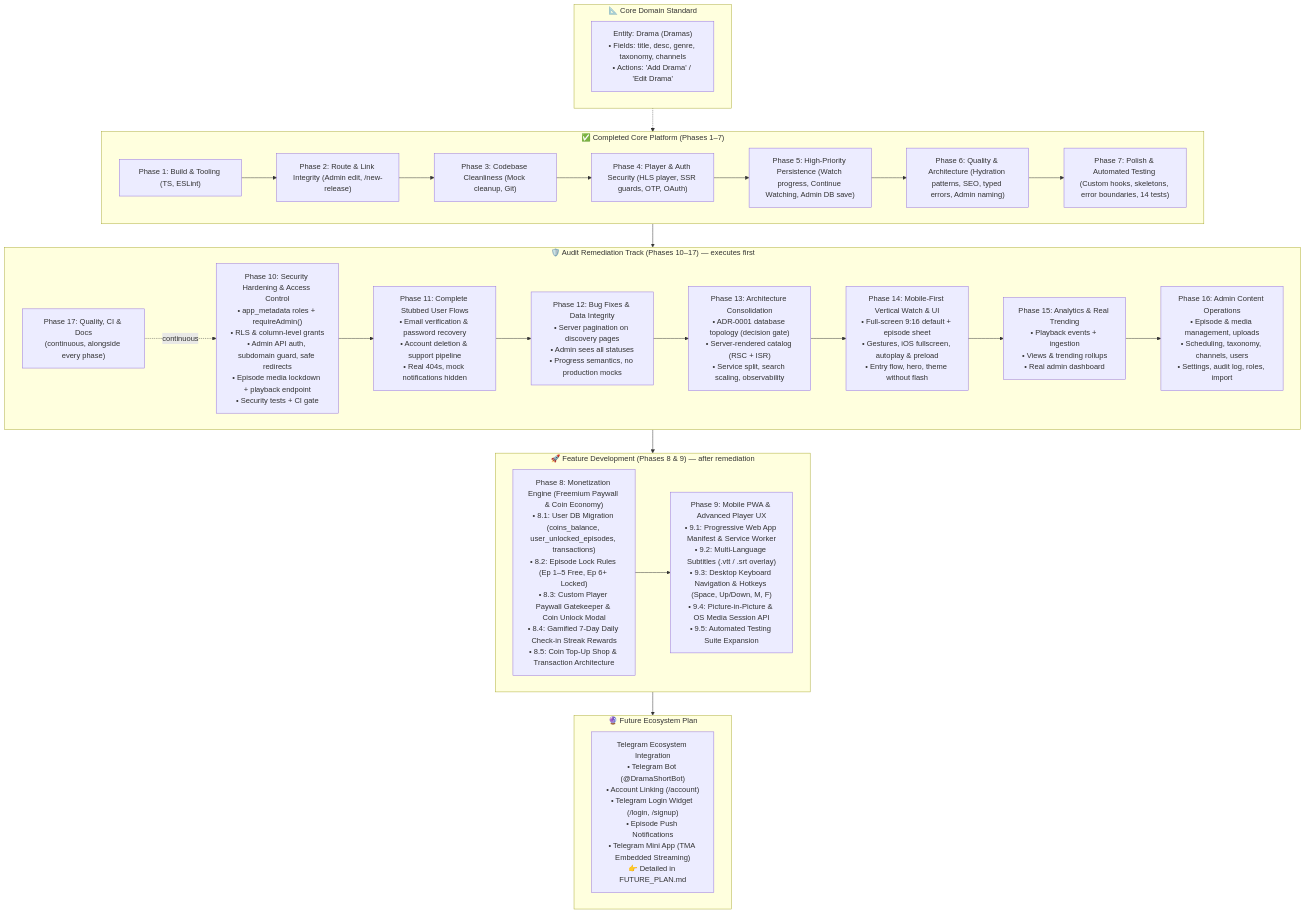
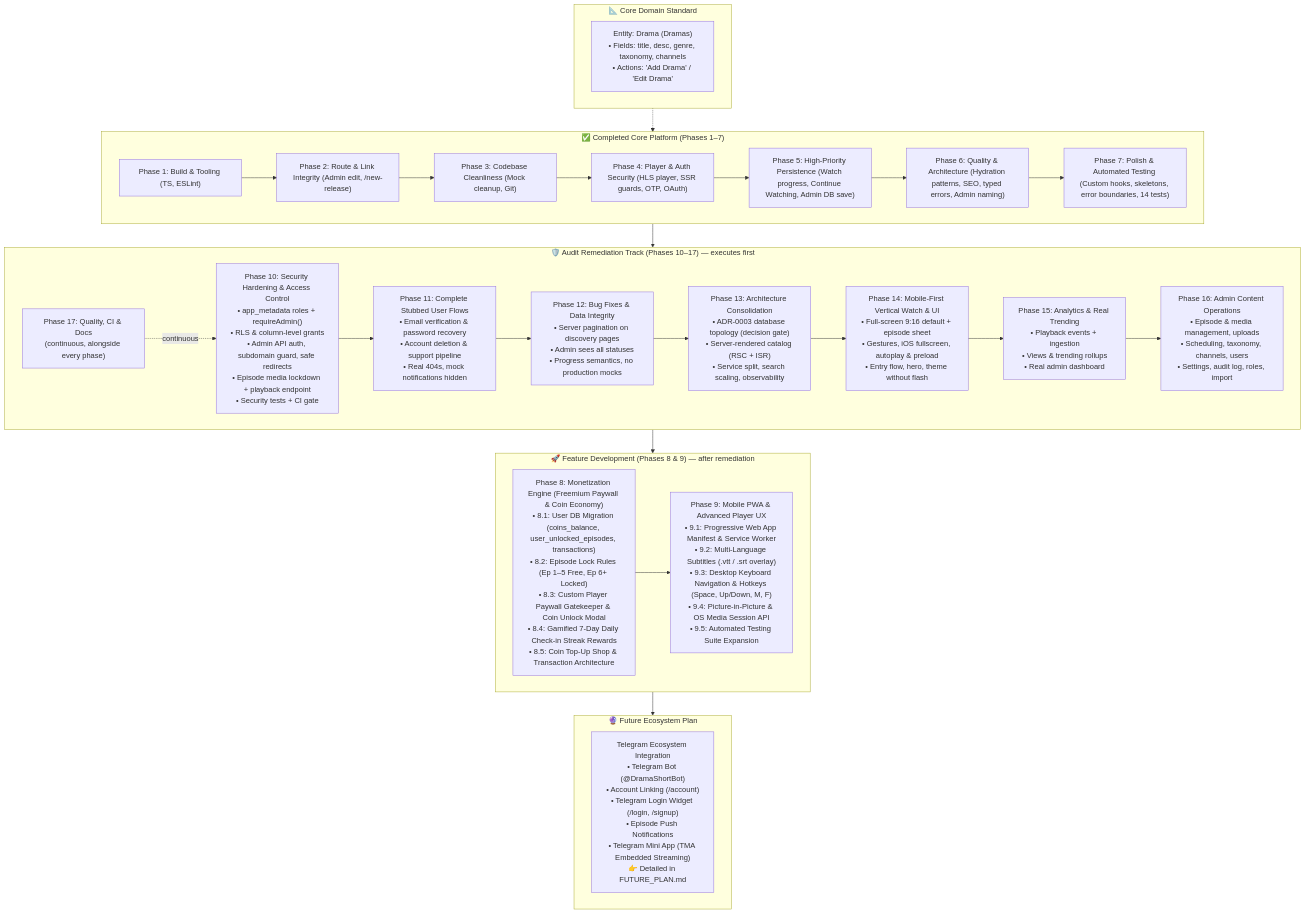
One commit to s3327/dramashort-app changed the diagram in ROADMAP.md. Above: the diagram before and after it, drawn with Mermaid. The commit also changed other lines of this file and 10 other files, not shown here.

Commit message:
feat(architecture): Task 13.1 ADR-0003 database topology decision & ADR registry

````diff
--- a/ROADMAP.md
+++ b/ROADMAP.md
@@ -2141,49 +2150,49 @@
 ```mermaid
 flowchart TD
     subgraph DomainStandard["📐 Core Domain Standard"]
         DS["Entity: Drama (Dramas)<br/>• Fields: title, desc, genre, taxonomy, channels<br/>• Actions: 'Add Drama' / 'Edit Drama'"]
     end
 
     subgraph CompletedCore["✅ Completed Core Platform (Phases 1–7)"]
         P1["Phase 1: Build & Tooling (TS, ESLint)"]
         P2["Phase 2: Route & Link Integrity (Admin edit, /new-release)"]
         P3["Phase 3: Codebase Cleanliness (Mock cleanup, Git)"]
         P4["Phase 4: Player & Auth Security (HLS player, SSR guards, OTP, OAuth)"]
         P5["Phase 5: High-Priority Persistence (Watch progress, Continue Watching, Admin DB save)"]
         P6["Phase 6: Quality & Architecture (Hydration patterns, SEO, typed errors, Admin naming)"]
         P7["Phase 7: Polish & Automated Testing (Custom hooks, skeletons, error boundaries, 14 tests)"]
 
         P1 --> P2 --> P3 --> P4 --> P5 --> P6 --> P7
     end
 
     subgraph Remediation["🛡️ Audit Remediation Track (Phases 10–17) — executes first"]
         P10["Phase 10: Security Hardening & Access Control<br/>• app_metadata roles + requireAdmin()<br/>• RLS & column-level grants<br/>• Admin API auth, subdomain guard, safe redirects<br/>• Episode media lockdown + playback endpoint<br/>• Security tests + CI gate"]
         P11["Phase 11: Complete Stubbed User Flows<br/>• Email verification & password recovery<br/>• Account deletion & support pipeline<br/>• Real 404s, mock notifications hidden"]
         P12["Phase 12: Bug Fixes & Data Integrity<br/>• Server pagination on discovery pages<br/>• Admin sees all statuses<br/>• Progress semantics, no production mocks"]
-        P13["Phase 13: Architecture Consolidation<br/>• ADR-0001 database topology (decision gate)<br/>• Server-rendered catalog (RSC + ISR)<br/>• Service split, search scaling, observability"]
+        P13["Phase 13: Architecture Consolidation<br/>• ADR-0003 database topology (decision gate)<br/>• Server-rendered catalog (RSC + ISR)<br/>• Service split, search scaling, observability"]
         P14["Phase 14: Mobile-First Vertical Watch & UI<br/>• Full-screen 9:16 default + episode sheet<br/>• Gestures, iOS fullscreen, autoplay & preload<br/>• Entry flow, hero, theme without flash"]
         P15["Phase 15: Analytics & Real Trending<br/>• Playback events + ingestion<br/>• Views & trending rollups<br/>• Real admin dashboard"]
         P16["Phase 16: Admin Content Operations<br/>• Episode & media management, uploads<br/>• Scheduling, taxonomy, channels, users<br/>• Settings, audit log, roles, import"]
         P17["Phase 17: Quality, CI & Docs<br/>(continuous, alongside every phase)"]
 
         P10 --> P11 --> P12 --> P13 --> P14 --> P15 --> P16
         P17 -.->|continuous| P10
     end
 
     subgraph ActiveDevelopment["🚀 Feature Development (Phases 8 & 9) — after remediation"]
         P8["Phase 8: Monetization Engine (Freemium Paywall & Coin Economy)<br/>• 8.1: User DB Migration (coins_balance, user_unlocked_episodes, transactions)<br/>• 8.2: Episode Lock Rules (Ep 1–5 Free, Ep 6+ Locked)<br/>• 8.3: Custom Player Paywall Gatekeeper & Coin Unlock Modal<br/>• 8.4: Gamified 7-Day Daily Check-in Streak Rewards<br/>• 8.5: Coin Top-Up Shop & Transaction Architecture"]
         
         P9["Phase 9: Mobile PWA & Advanced Player UX<br/>• 9.1: Progressive Web App Manifest & Service Worker<br/>• 9.2: Multi-Language Subtitles (.vtt / .srt overlay)<br/>• 9.3: Desktop Keyboard Navigation & Hotkeys (Space, Up/Down, M, F)<br/>• 9.4: Picture-in-Picture & OS Media Session API<br/>• 9.5: Automated Testing Suite Expansion"]
         
         P8 --> P9
     end
 
     subgraph FutureEcosystem["🔮 Future Ecosystem Plan"]
         FP["Telegram Ecosystem Integration<br/>• Telegram Bot (@DramaShortBot)<br/>• Account Linking (/account)<br/>• Telegram Login Widget (/login, /signup)<br/>• Episode Push Notifications<br/>• Telegram Mini App (TMA Embedded Streaming)<br/>👉 Detailed in FUTURE_PLAN.md"]
     end
 
     DomainStandard -.-> CompletedCore
     CompletedCore --> Remediation
     Remediation --> ActiveDevelopment
     ActiveDevelopment --> FutureEcosystem
 ```
````
